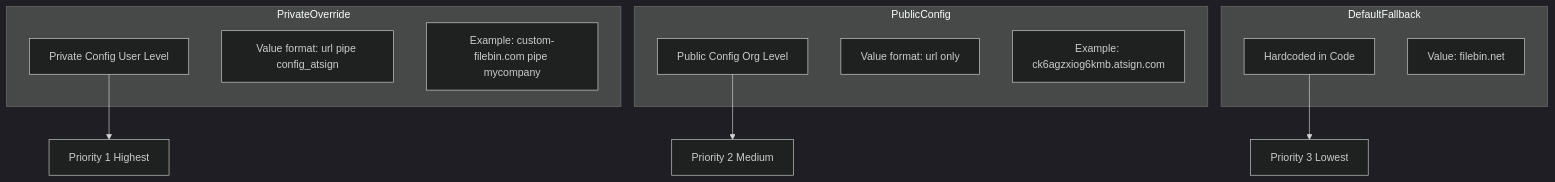
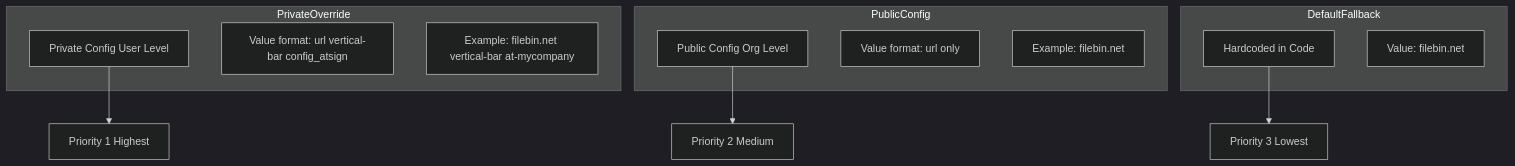
One commit to cconstab/furl changed the fifth of 6 diagrams in ARCHITECTURE.md. Above: the diagram before and after it, drawn with Mermaid (dark theme). The commit also changed other lines of this file, not shown here.

Commit message:
fix: formating issues

````diff
--- a/ARCHITECTURE.md
+++ b/ARCHITECTURE.md
@@ -160,23 +160,23 @@
 ```mermaid
 graph TB
     subgraph PrivateOverride
         A[Private Config User Level]
-        A1[Value format: url pipe config_atsign]
-        A2[Example: custom-filebin.com pipe mycompany]
+        A1[Value format: url vertical-bar config_atsign]
+        A2[Example: filebin.net vertical-bar at-mycompany]
     end
     
     subgraph PublicConfig
         B[Public Config Org Level]
         B1[Value format: url only]
-        B2[Example: ck6agzxiog6kmb.atsign.com]
+        B2[Example: filebin.net]
     end
     
     subgraph DefaultFallback
         C[Hardcoded in Code]
         C1[Value: filebin.net]
     end
     
     A --> D[Priority 1 Highest]
     B --> E[Priority 2 Medium]
     C --> F[Priority 3 Lowest]
 ```
````
